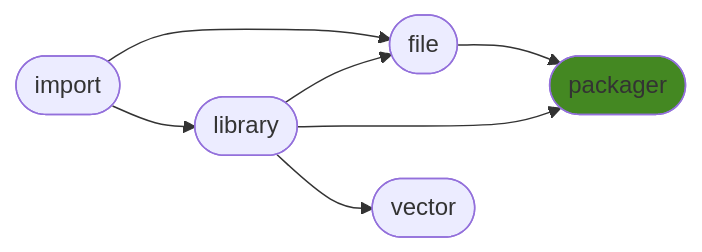
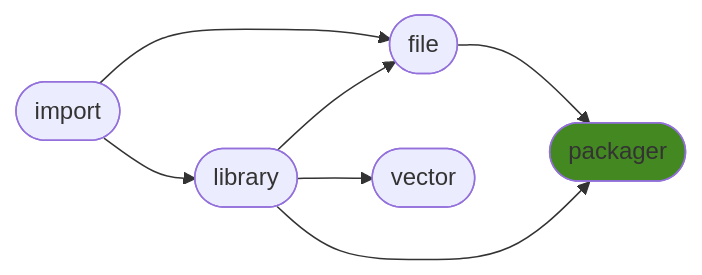
The diagram in README.md (ManderaGeneral/generalpackager), drawn with Mermaid before and after one commit. The commit also changed other lines of this file, not shown here.

````diff
--- a/README.md
+++ b/README.md
@@ -24,15 +24,15 @@
 ```mermaid
 flowchart LR
+2([file]) --> 4([packager])
+1([library]) --> 2([file])
+1([library]) --> 3([vector])
+1([library]) --> 4([packager])
 0([import]) --> 2([file])
-1([library]) --> 2([file])
-1([library]) --> 4([packager])
-2([file]) --> 4([packager])
-1([library]) --> 3([vector])
 0([import]) --> 1([library])
 click 0 "https://github.com/ManderaGeneral/generalimport"
 click 1 "https://github.com/ManderaGeneral/generallibrary"
 click 2 "https://github.com/ManderaGeneral/generalfile"
 click 3 "https://github.com/ManderaGeneral/generalvector"
 click 4 "https://github.com/ManderaGeneral/generalpackager"
 style 4 fill:#482
 ```
````
